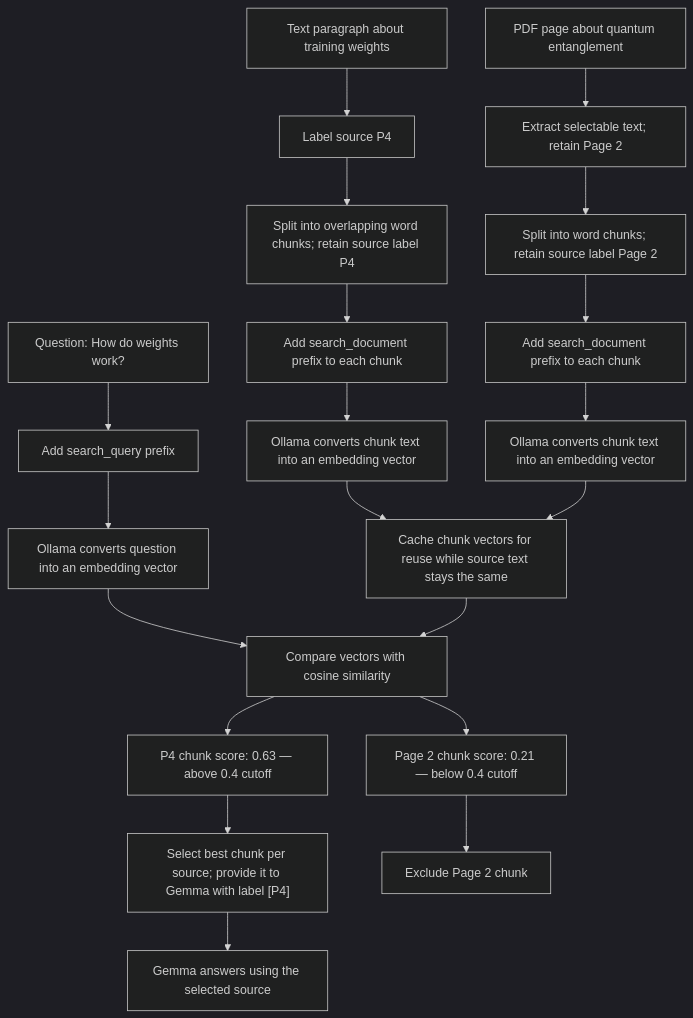
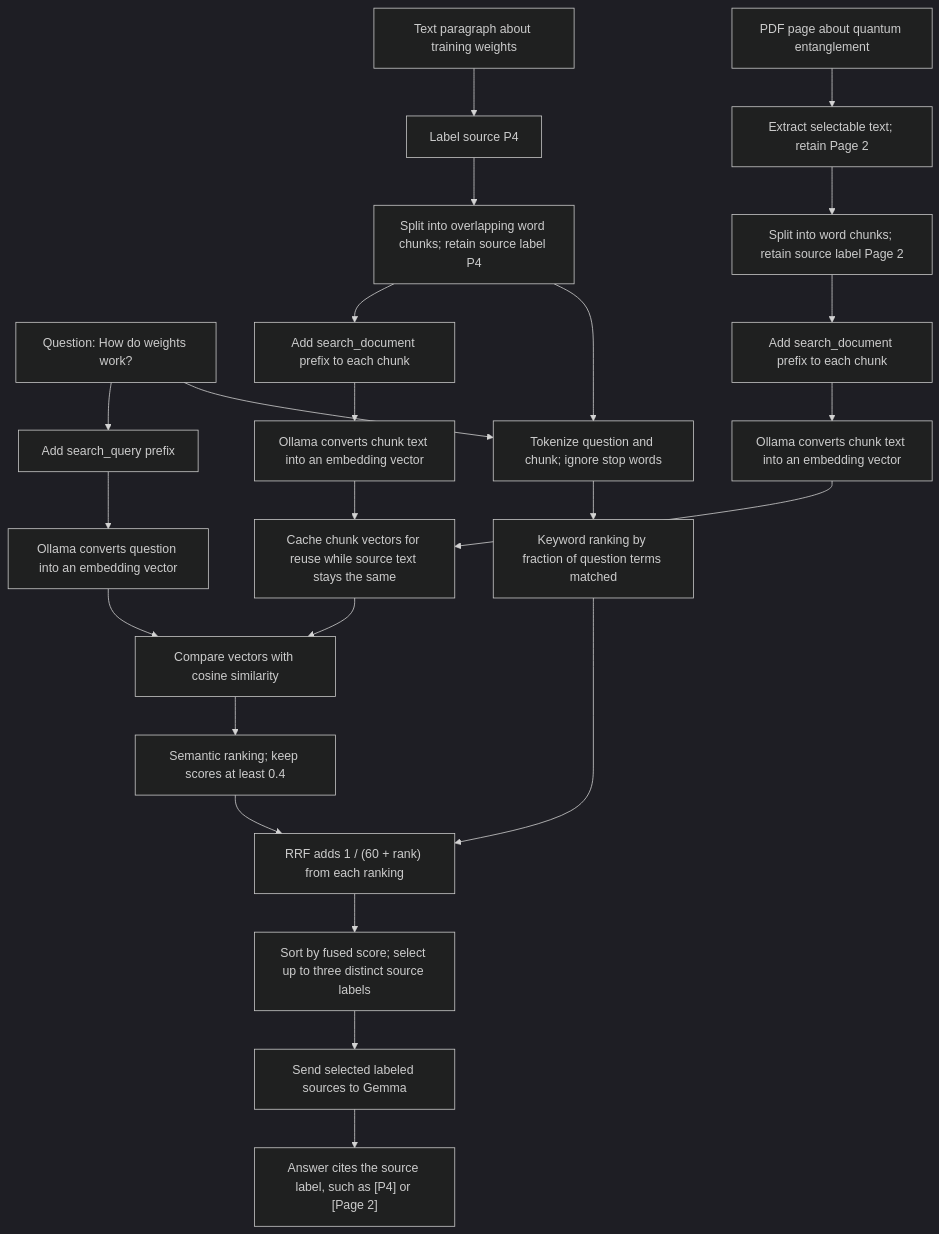
One commit to sandeepdass007/ai-peer changed the diagram in diagrams/semantic-search.md. Above: the diagram before and after it, drawn with Mermaid (dark theme). The commit also changed other lines of this file and 4 other files, not shown here.

````diff
--- a/diagrams/semantic-search.md
+++ b/diagrams/semantic-search.md
@@ -7,26 +7,30 @@
 ```mermaid
 flowchart TD
     Q["Question: How do weights work?"] --> QP["Add search_query prefix"]
     QP --> QE["Ollama converts question into an embedding vector"]
 
     P1["Text paragraph about training weights"] --> P1L["Label source P4"]
     P2["PDF page about quantum entanglement"] --> P2L["Extract selectable text; retain Page 2"]
     P1L --> CH["Split into overlapping word chunks; retain source label P4"]
     P2L --> CH2["Split into word chunks; retain source label Page 2"]
     CH --> P1P["Add search_document prefix to each chunk"]
     CH2 --> P2P["Add search_document prefix to each chunk"]
     P1P --> E1["Ollama converts chunk text into an embedding vector"]
     P2P --> E2["Ollama converts chunk text into an embedding vector"]
     E1 --> CACHE["Cache chunk vectors for reuse while source text stays the same"]
     E2 --> CACHE
 
     QE --> C["Compare vectors with cosine similarity"]
     CACHE --> C
 
-    C --> S1["P4 chunk score: 0.63 — above 0.4 cutoff"]
-    C --> S2["Page 2 chunk score: 0.21 — below 0.4 cutoff"]
+    C --> SL["Semantic ranking; keep scores at least 0.4"]
+    Q --> KW["Tokenize question and chunk; ignore stop words"]
+    CH --> KW
+    KW --> KL["Keyword ranking by fraction of question terms matched"]
 
-    S1 --> R["Select best chunk per source; provide it to Gemma with label [P4]"]
-    S2 --> X["Exclude Page 2 chunk"]
-    R --> A["Gemma answers using the selected source"]
+    SL --> F["RRF adds 1 / (60 + rank) from each ranking"]
+    KL --> F
+    F --> R["Sort by fused score; select up to three distinct source labels"]
+    R --> A["Send selected labeled sources to Gemma"]
+    A --> OUT["Answer cites the source label, such as [P4] or [Page 2]"]
 ```
````
